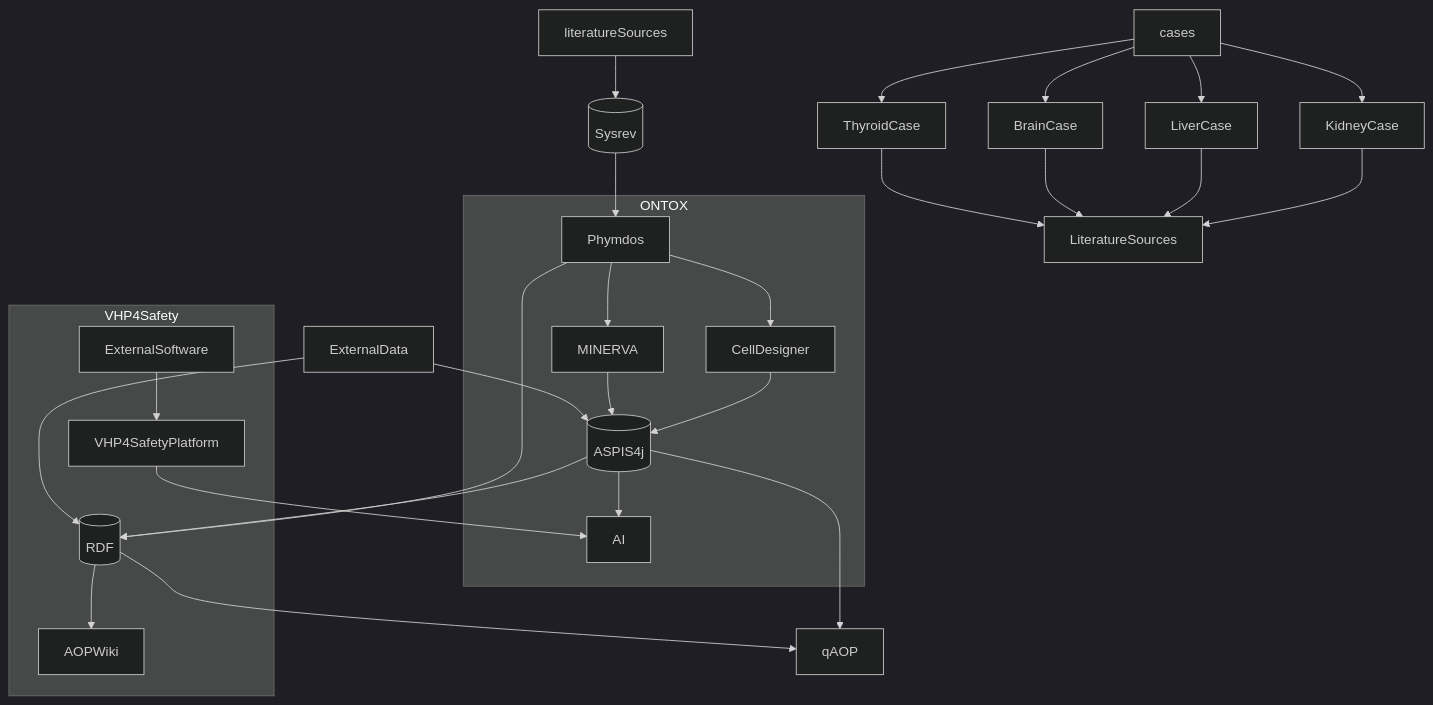
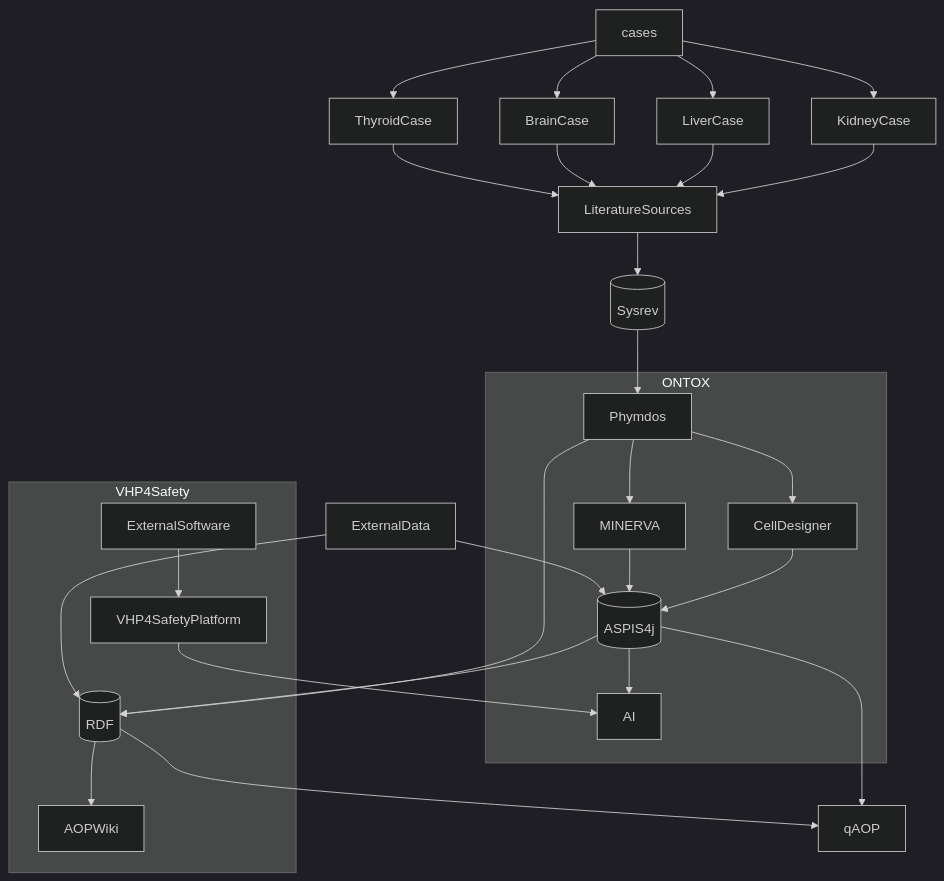
One commit to ontox-hu/workflows changed the diagram in ONTOX-vs-VHP4Safety.md. Above: the diagram before and after it, drawn with Mermaid (dark theme).

````diff
--- a/ONTOX-vs-VHP4Safety.md
+++ b/ONTOX-vs-VHP4Safety.md
@@ -1,42 +1,42 @@
 ```mermaid
 flowchart TB
 
     cases-->KidneyCase
     cases-->LiverCase
     cases-->BrainCase
     cases-->ThyroidCase
      
     KidneyCase-->LiteratureSources
     LiverCase-->LiteratureSources
     BrainCase-->LiteratureSources
     ThyroidCase-->LiteratureSources
-    literatureSources-->Sysrev[(Sysrev)]
+    LiteratureSources-->Sysrev[(Sysrev)]
     Sysrev[(Sysrev)]-->Phymdos
     
     subgraph ONTOX
     Phymdos-->MINERVA
     Phymdos-->CellDesigner
     
     CellDesigner-->ASPIS4j[(ASPIS4j)]
     MINERVA-->ASPIS4j[(ASPIS4j)]
     ASPIS4j[(ASPIS4j)]-->AI
     
     end
     
     subgraph VHP4Safety
     Phymdos-->RDF[(RDF)]
     RDF[(RDF)]-->AOPWiki
     
     ExternalSoftware-->VHP4SafetyPlatform
     VHP4SafetyPlatform-->AI
     end
     
     ExternalData-->ASPIS4j[(ASPIS4j)]
     RDF[(RDF)]-->qAOP
     ASPIS4j[(ASPIS4j)]-->qAOP
     ASPIS4j[(ASPIS4j)]-->RDF[(RDF)]
     ExternalData-->RDF[(RDF)]
     
     
     
 ```
````
